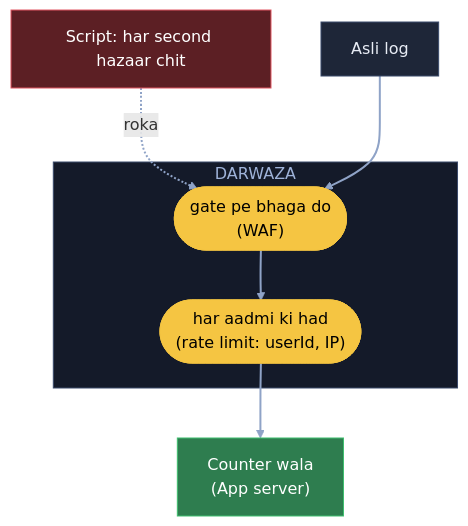
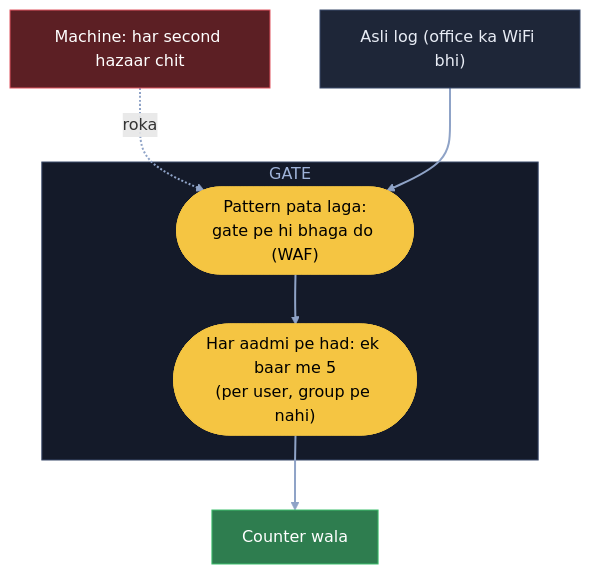
Diagram 13 of 13 in 04_HLD/SYSTEM_DESIGNS/01_url_shortener/01_url_shortener.md (ArpanMaheshwari144/Prep), drawn with Mermaid before and after one commit. The commit also changed other lines of this file, not shown here.

Commit message:
URL: 13 diagram hand notes ke shabdon se (K4 naya), K7 / K12 kahani notes jaisi

````diff
--- a/04_HLD/SYSTEM_DESIGNS/01_url_shortener/01_url_shortener.md
+++ b/04_HLD/SYSTEM_DESIGNS/01_url_shortener/01_url_shortener.md
@@ -401,20 +422,20 @@
 ```mermaid
 flowchart TB
-    S["Script: har second hazaar chit"]:::bad
-    L["Asli log"]:::card
-    subgraph G["DARWAZA"]
-        W(["gate pe bhaga do<br/>(WAF)"]):::pill
-        RL(["har aadmi ki had<br/>(rate limit: userId, IP)"]):::pill
+    S["Machine: har second hazaar chit"]:::bad
+    L["Asli log (office ka WiFi bhi)"]:::card
+    subgraph GT["GATE"]
+        W(["Pattern pata laga:<br/>gate pe hi bhaga do (WAF)"]):::pill
+        H(["Har aadmi pe had: ek baar me 5<br/>(per user, group pe nahi)"]):::pill
     end
-    C["Counter wala<br/>(App server)"]:::good
+    C["Counter wala"]:::good
     S -. "roka" .-> W
     L --> W
-    W --> RL
-    RL --> C
+    W --> H
+    H --> C
     linkStyle default stroke:#8fa3c7,stroke-width:2px
     classDef card fill:#1e2638,stroke:#3a4a6b,color:#e8ecf5
     classDef pill fill:#f5c542,stroke:#f5c542,color:#000
     classDef good fill:#2e7d4f,stroke:#3fbf6f,color:#fff
     classDef bad fill:#5c1f24,stroke:#e05561,color:#fff
-    style G fill:#141a29,stroke:#3a4a6b,color:#9fb3d9
+    style GT fill:#141a29,stroke:#3a4a6b,color:#9fb3d9
 ```
````
